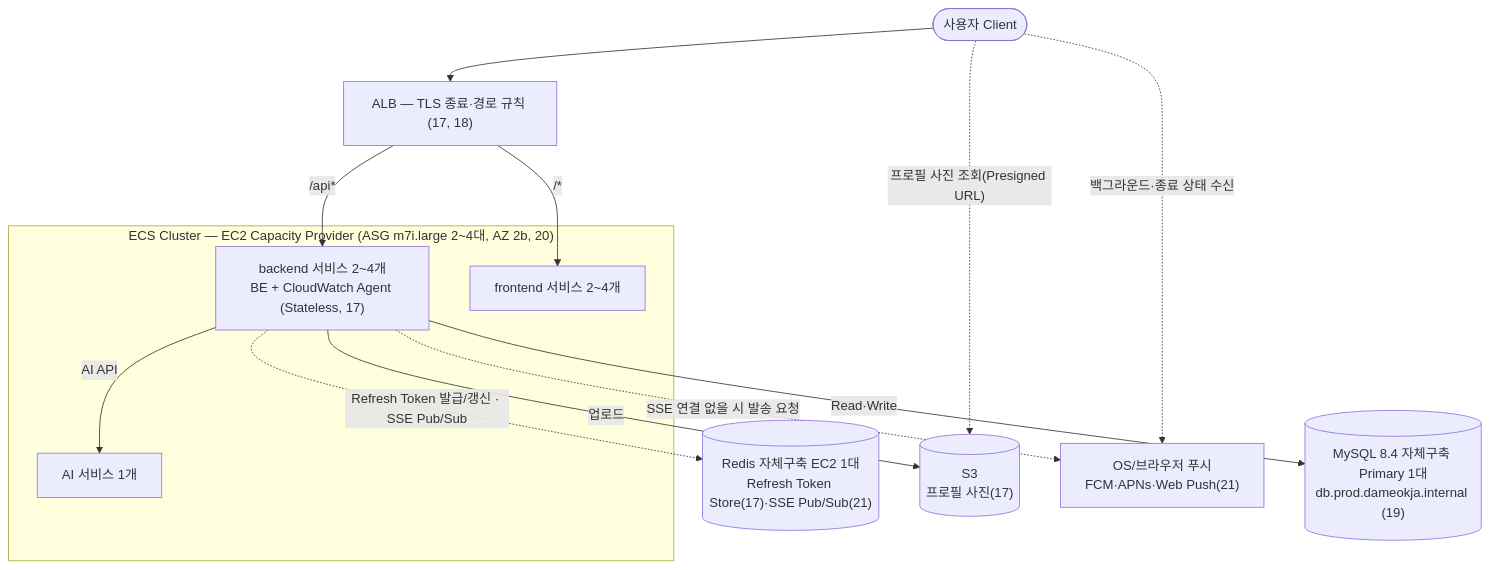
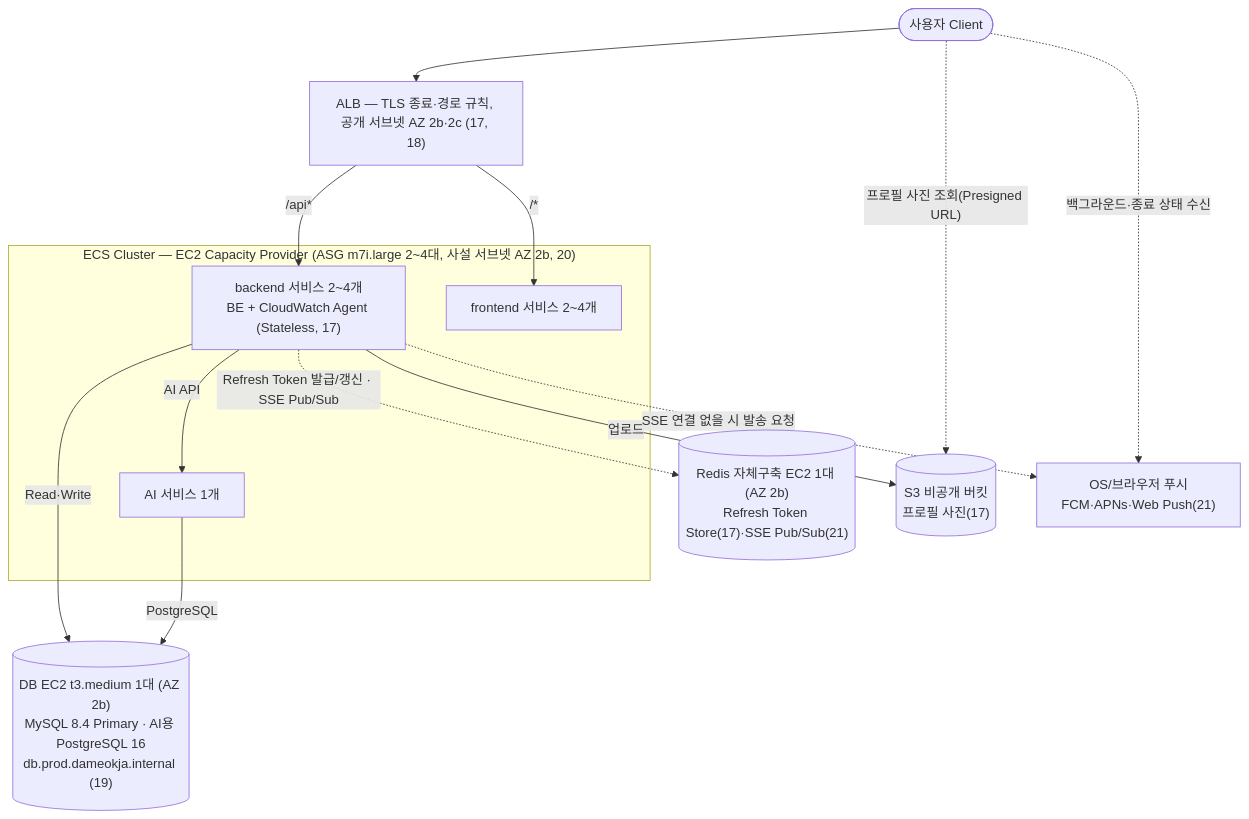
One commit to 100-hours-a-week/KTB4-5th-CLOUD changed the diagram in docs/design/wiki/ktb4-cloud-wiki-v2.md. Above: the diagram before and after it, drawn with Mermaid. The commit also changed other lines of this file and 12 other files, not shown here.

````diff
--- a/docs/design/wiki/ktb4-cloud-wiki-v2.md
+++ b/docs/design/wiki/ktb4-cloud-wiki-v2.md
@@ -44,27 +32,28 @@
 ```mermaid
 flowchart TB
     Client(["사용자 Client"])
-    ALB["ALB — TLS 종료·경로 규칙 (17, 18)"]
+    ALB["ALB — TLS 종료·경로 규칙, 공개 서브넷 AZ 2b·2c (17, 18)"]
 
-    subgraph ASG["ECS Cluster — EC2 Capacity Provider (ASG m7i.large 2~4대, AZ 2b, 20)"]
+    subgraph ASG["ECS Cluster — EC2 Capacity Provider (ASG m7i.large 2~4대, 사설 서브넷 AZ 2b, 20)"]
         BE["backend 서비스 2~4개<br/>BE + CloudWatch Agent (Stateless, 17)"]
         FE["frontend 서비스 2~4개"]
         AI["AI 서비스 1개"]
     end
 
-    Redis[("Redis 자체구축 EC2 1대<br/>Refresh Token Store(17)·SSE Pub/Sub(21)")]
-    S3[("S3<br/>프로필 사진(17)")]
+    Redis[("Redis 자체구축 EC2 1대 (AZ 2b)<br/>Refresh Token Store(17)·SSE Pub/Sub(21)")]
+    S3[("S3 비공개 버킷<br/>프로필 사진(17)")]
     Push["OS/브라우저 푸시<br/>FCM·APNs·Web Push(21)"]
-    Primary[("MySQL 8.4 자체구축 Primary 1대<br/>db.prod.dameokja.internal (19)")]
+    Primary[("DB EC2 t3.medium 1대 (AZ 2b)<br/>MySQL 8.4 Primary · AI용 PostgreSQL 16<br/>db.prod.dameokja.internal (19)")]
 
     Client --> ALB
     ALB -->|"/api*"| BE
     ALB -->|"/*"| FE
     Client -."프로필 사진 조회(Presigned URL)".-> S3
     Client -."백그라운드·종료 상태 수신".-> Push
     BE -."Refresh Token 발급/갱신 · SSE Pub/Sub".-> Redis
     BE -->|업로드| S3
     BE -."SSE 연결 없을 시 발송 요청".-> Push
     BE -->|"Read·Write"| Primary
     BE -->|"AI API"| AI
+    AI -->|"PostgreSQL"| Primary
 ```
````
